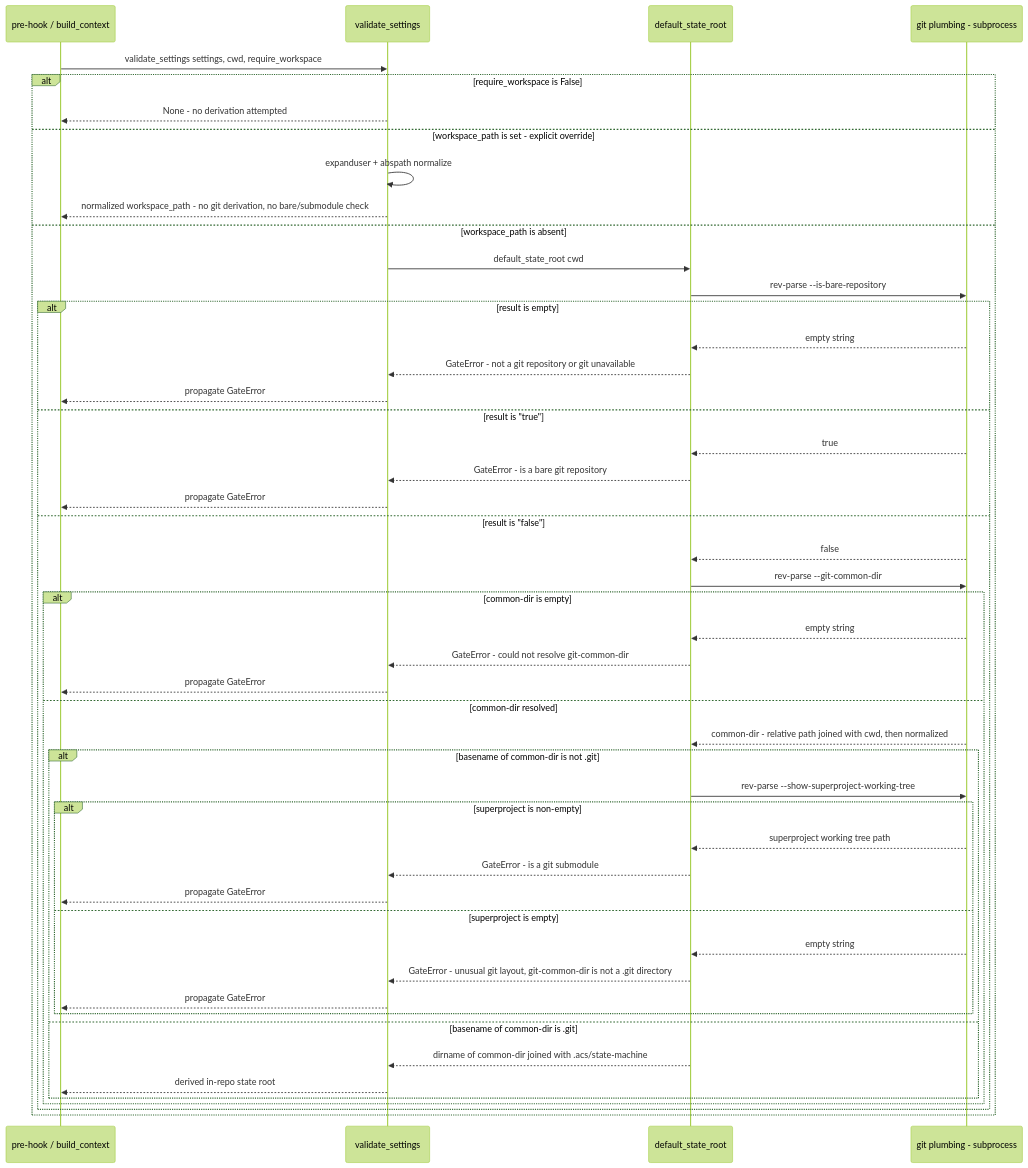
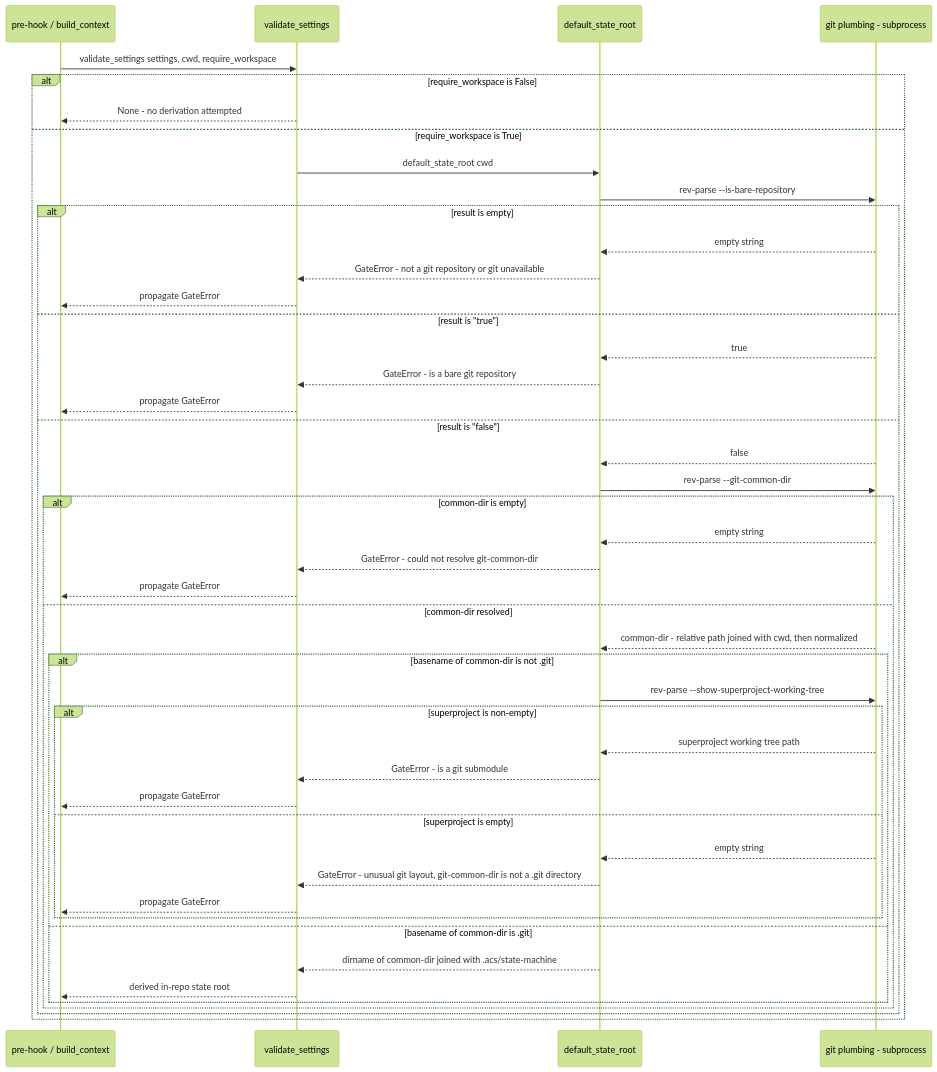
The diagram in docs/architecture/lld/flows/state-root-resolution.md (globalmindsolution/gms-marketplace), drawn with Mermaid (forest theme) before and after one commit. The commit also changed other lines of this file and 1036 other files, not shown here.

````diff
--- a/docs/architecture/lld/flows/state-root-resolution.md
+++ b/docs/architecture/lld/flows/state-root-resolution.md
@@ -18,52 +17,49 @@
 ```mermaid
 sequenceDiagram
     participant Caller as pre-hook / build_context
     participant VS as validate_settings
     participant DSR as default_state_root
     participant Git as git plumbing - subprocess
 
     Caller->>VS: validate_settings settings, cwd, require_workspace
     alt require_workspace is False
         VS-->>Caller: None - no derivation attempted
-    else workspace_path is set - explicit override
-        VS->>VS: expanduser + abspath normalize
-        VS-->>Caller: normalized workspace_path - no git derivation, no bare/submodule check
-    else workspace_path is absent
+    else require_workspace is True
         VS->>DSR: default_state_root cwd
         DSR->>Git: rev-parse --is-bare-repository
         alt result is empty
             Git-->>DSR: empty string
             DSR-->>VS: GateError - not a git repository or git unavailable
             VS-->>Caller: propagate GateError
         else result is "true"
             Git-->>DSR: true
             DSR-->>VS: GateError - is a bare git repository
             VS-->>Caller: propagate GateError
         else result is "false"
             Git-->>DSR: false
             DSR->>Git: rev-parse --git-common-dir
             alt common-dir is empty
                 Git-->>DSR: empty string
                 DSR-->>VS: GateError - could not resolve git-common-dir
                 VS-->>Caller: propagate GateError
             else common-dir resolved
                 Git-->>DSR: common-dir - relative path joined with cwd, then normalized
                 alt basename of common-dir is not .git
                     DSR->>Git: rev-parse --show-superproject-working-tree
                     alt superproject is non-empty
                         Git-->>DSR: superproject working tree path
                         DSR-->>VS: GateError - is a git submodule
                         VS-->>Caller: propagate GateError
                     else superproject is empty
                         Git-->>DSR: empty string
                         DSR-->>VS: GateError - unusual git layout, git-common-dir is not a .git directory
                         VS-->>Caller: propagate GateError
                     end
                 else basename of common-dir is .git
                     DSR-->>VS: dirname of common-dir joined with .acs/state-machine
                     VS-->>Caller: derived in-repo state root
                 end
             end
         end
     end
 ```
````
